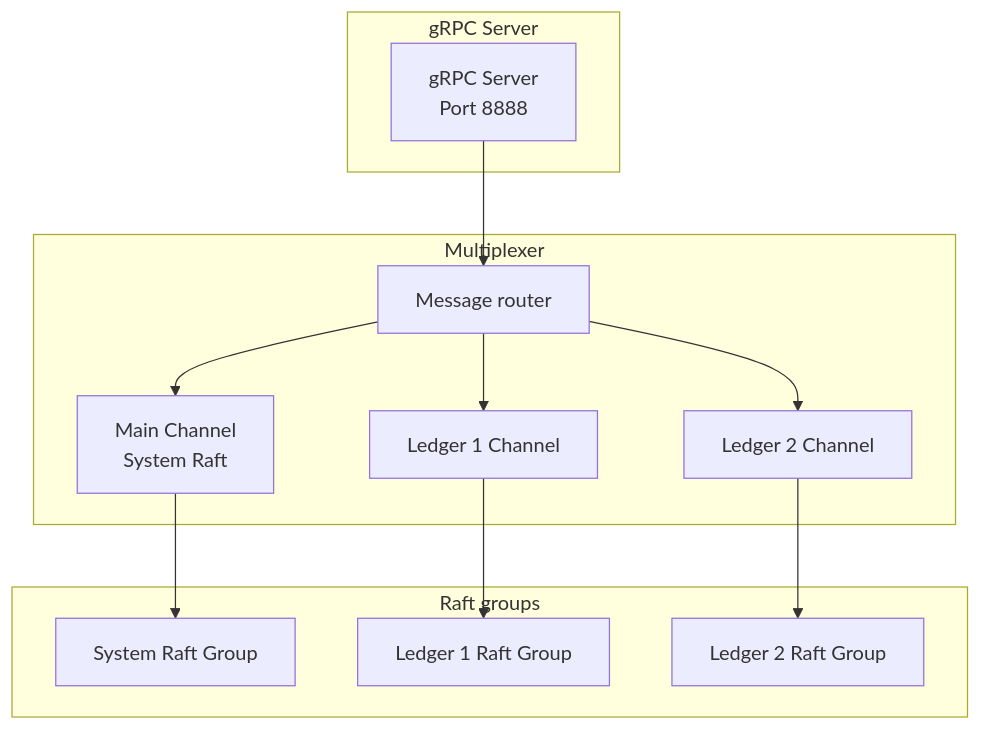
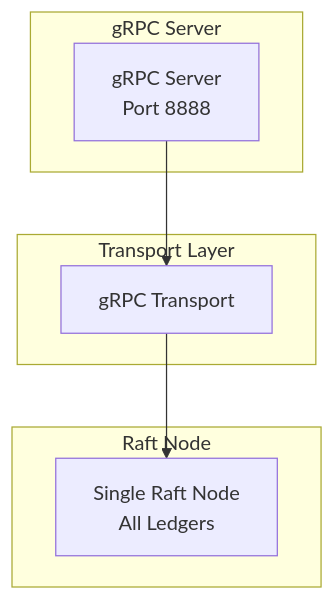
One commit to formancehq/ledger changed the first of 2 diagrams in docs/advanced-concepts.md. Above: the diagram before and after it, drawn with Mermaid. The commit also changed other lines of this file and 41 other files, not shown here.

````diff
--- a/docs/advanced-concepts.md
+++ b/docs/advanced-concepts.md
@@ -19,28 +19,17 @@
 ```mermaid
 graph TB
     subgraph "gRPC Server"
         GRPC[gRPC Server<br/>Port 8888]
     end
     
-    subgraph "Multiplexer"
-        router[Message router]
-        Main[Main Channel<br/>System Raft]
-        Ledger1[Ledger 1 Channel]
-        Ledger2[Ledger 2 Channel]
+    subgraph "Transport Layer"
+        Transport[gRPC Transport]
     end
     
-    subgraph "Raft groups"
-        System[System Raft Group]
-        B1[Ledger 1 Raft Group]
-        B2[Ledger 2 Raft Group]
+    subgraph "Raft Node"
+        RaftNode[Single Raft Node<br/>All Ledgers]
     end
     
-    GRPC --> router
-    router --> Main
-    router --> Ledger1
-    router --> Ledger2
-    
-    Main --> System
-    Ledger1 --> B1
-    Ledger2 --> B2
+    GRPC --> Transport
+    Transport --> RaftNode
 ```
````
